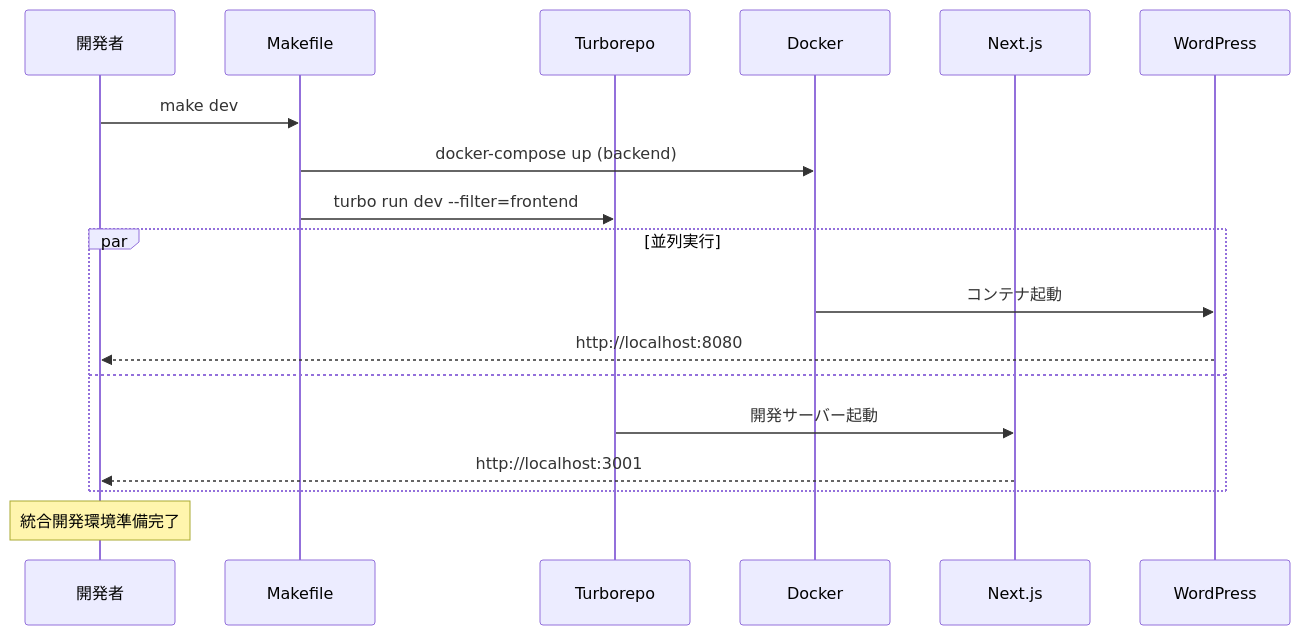
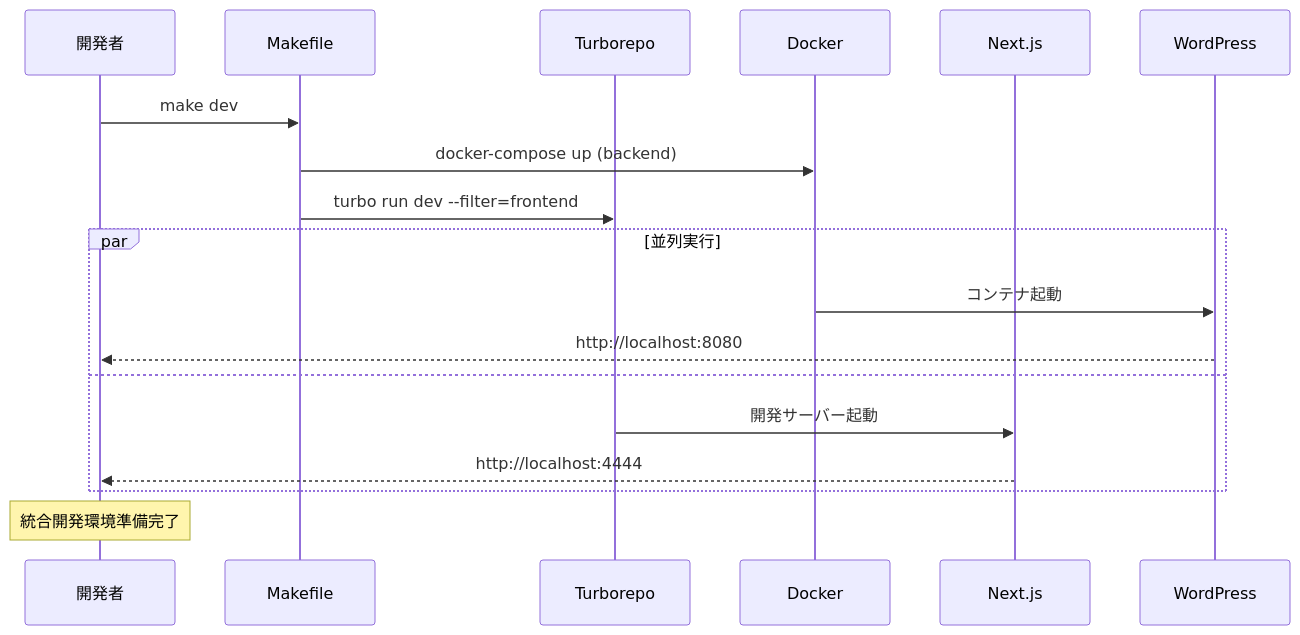
One commit to thanks2music/revolution changed the third of 5 diagrams in docs/02-mono/MONO-overview.md. Above: the diagram before and after it, drawn with Mermaid. The commit also changed other lines of this file and 5 other files, not shown here.

````diff
--- a/docs/02-mono/MONO-overview.md
+++ b/docs/02-mono/MONO-overview.md
@@ -95,23 +95,23 @@
 ```mermaid
 sequenceDiagram
     participant Dev as 開発者
     participant Make as Makefile
     participant Turbo as Turborepo
     participant Docker as Docker
     participant Frontend as Next.js
     participant Backend as WordPress
     
     Dev->>Make: make dev
     Make->>Docker: docker-compose up (backend)
     Make->>Turbo: turbo run dev --filter=frontend
     
     par 並列実行
         Docker->>Backend: コンテナ起動
         Backend-->>Dev: http://localhost:8080
     and
         Turbo->>Frontend: 開発サーバー起動
-        Frontend-->>Dev: http://localhost:3001
+        Frontend-->>Dev: http://localhost:4444
     end
     
     Note over Dev: 統合開発環境準備完了
 ```
````
